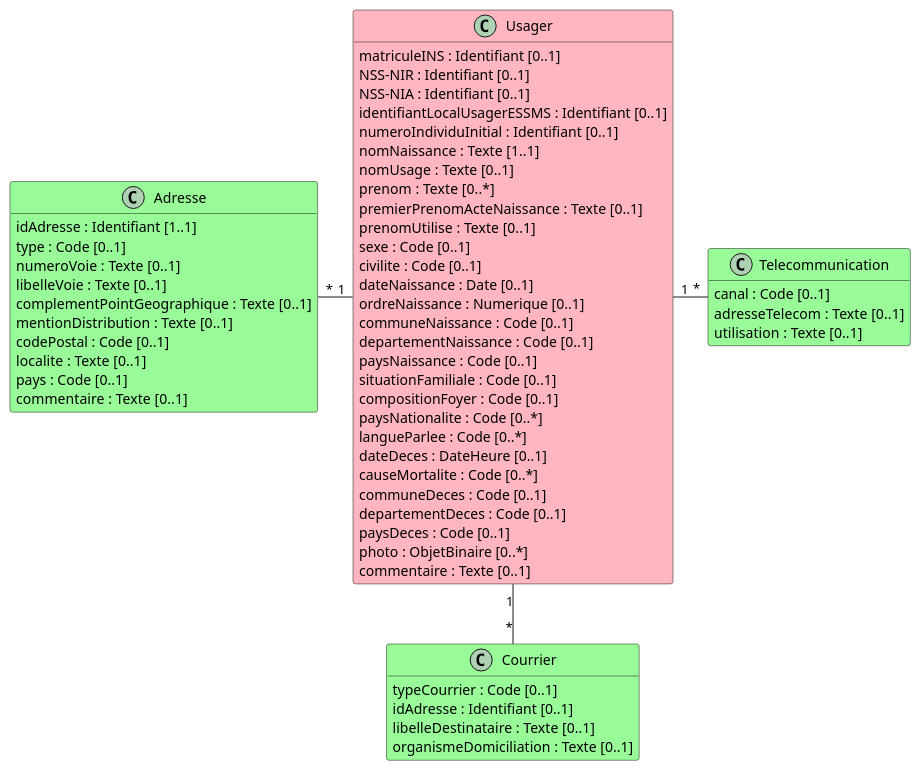
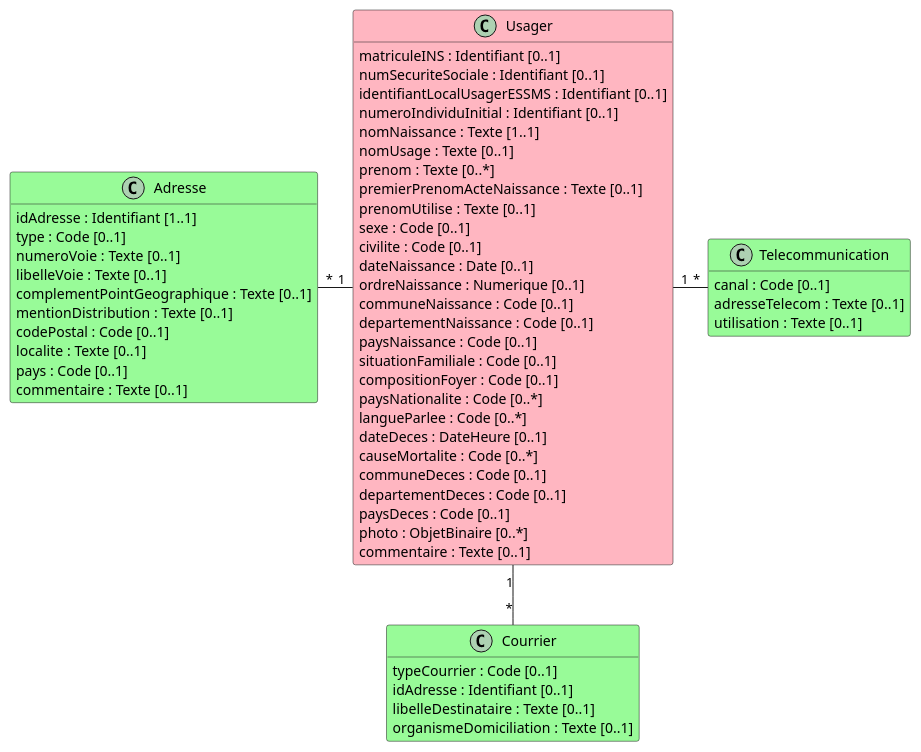
One commit to ansforge/IG-fhir-transfert-donnees-dui-esms changed the diagram in input/images-source/bloc_identification_coordonnees.plantuml. Above: the diagram before and after it, drawn with PlantUML. The commit also changed 1 other file, not shown here.

```diff
--- a/input/images-source/bloc_identification_coordonnees.plantuml
+++ b/input/images-source/bloc_identification_coordonnees.plantuml
@@ -1,66 +1,65 @@
 @startuml
 
 hide empty methods
 
 class Usager #LightPink {
     matriculeINS : Identifiant [0..1]
-    NSS-NIR : Identifiant [0..1]
-    NSS-NIA : Identifiant [0..1]
+    numSecuriteSociale : Identifiant [0..1]
     identifiantLocalUsagerESSMS : Identifiant [0..1]
     numeroIndividuInitial : Identifiant [0..1]
     nomNaissance : Texte [1..1]
     nomUsage : Texte [0..1]
     prenom : Texte [0..*]
     premierPrenomActeNaissance : Texte [0..1]
     prenomUtilise : Texte [0..1]
     sexe : Code [0..1]
     civilite : Code [0..1]
     dateNaissance : Date [0..1]
     ordreNaissance : Numerique [0..1]
     communeNaissance : Code [0..1]
     departementNaissance : Code [0..1]
     paysNaissance : Code [0..1]
     situationFamiliale : Code [0..1]
     compositionFoyer : Code [0..1]
     paysNationalite : Code [0..*]
     langueParlee : Code [0..*]
     dateDeces : DateHeure [0..1]
     causeMortalite : Code [0..*]
     communeDeces : Code [0..1]
     departementDeces : Code [0..1]
     paysDeces : Code [0..1]
     photo : ObjetBinaire [0..*]
     commentaire : Texte [0..1]
 }
 
 class Adresse #PaleGreen {
     idAdresse : Identifiant [1..1]
     type : Code [0..1]
     numeroVoie : Texte [0..1]
     libelleVoie : Texte [0..1]
     complementPointGeographique : Texte [0..1]
     mentionDistribution : Texte [0..1]
     codePostal : Code [0..1]
     localite : Texte [0..1]
     pays : Code [0..1]
     commentaire : Texte [0..1]
 }
 
 class Telecommunication #PaleGreen {
     canal : Code [0..1]
     adresseTelecom : Texte [0..1]
     utilisation : Texte [0..1]
 }
 
 class Courrier #PaleGreen {
     typeCourrier : Code [0..1]
     idAdresse : Identifiant [0..1]
     libelleDestinataire : Texte [0..1]
     organismeDomiciliation : Texte [0..1]
 }
 
 Adresse "*" - "1" Usager
 Usager "1" - "*" Telecommunication
 Usager "1" -- "*" Courrier
 
 @enduml
```
